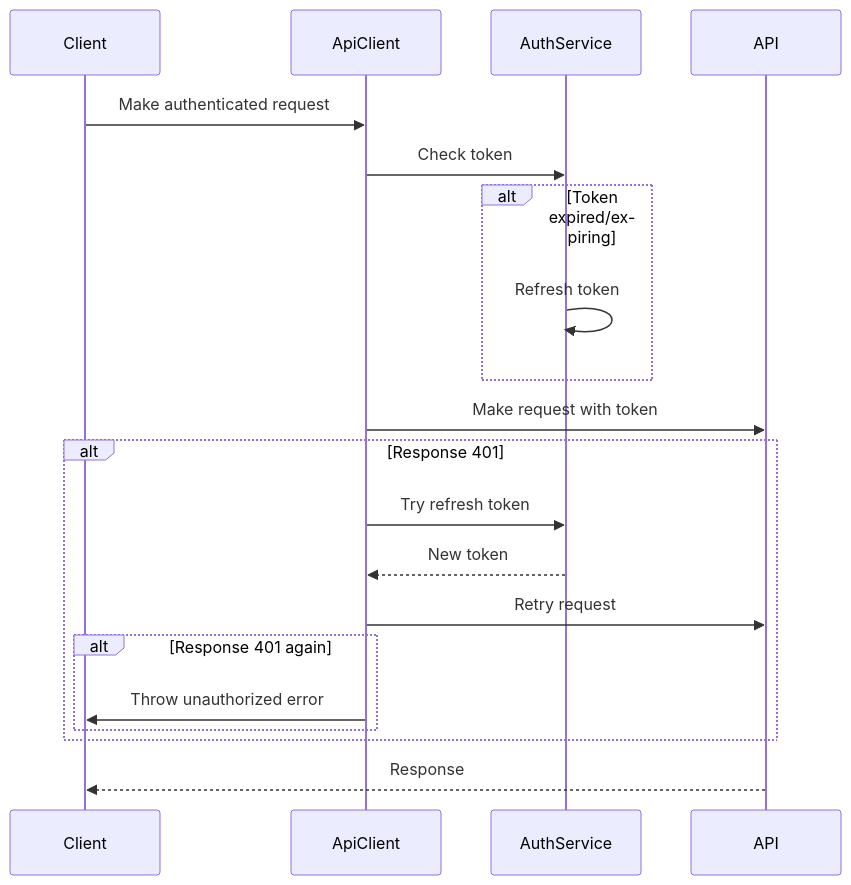
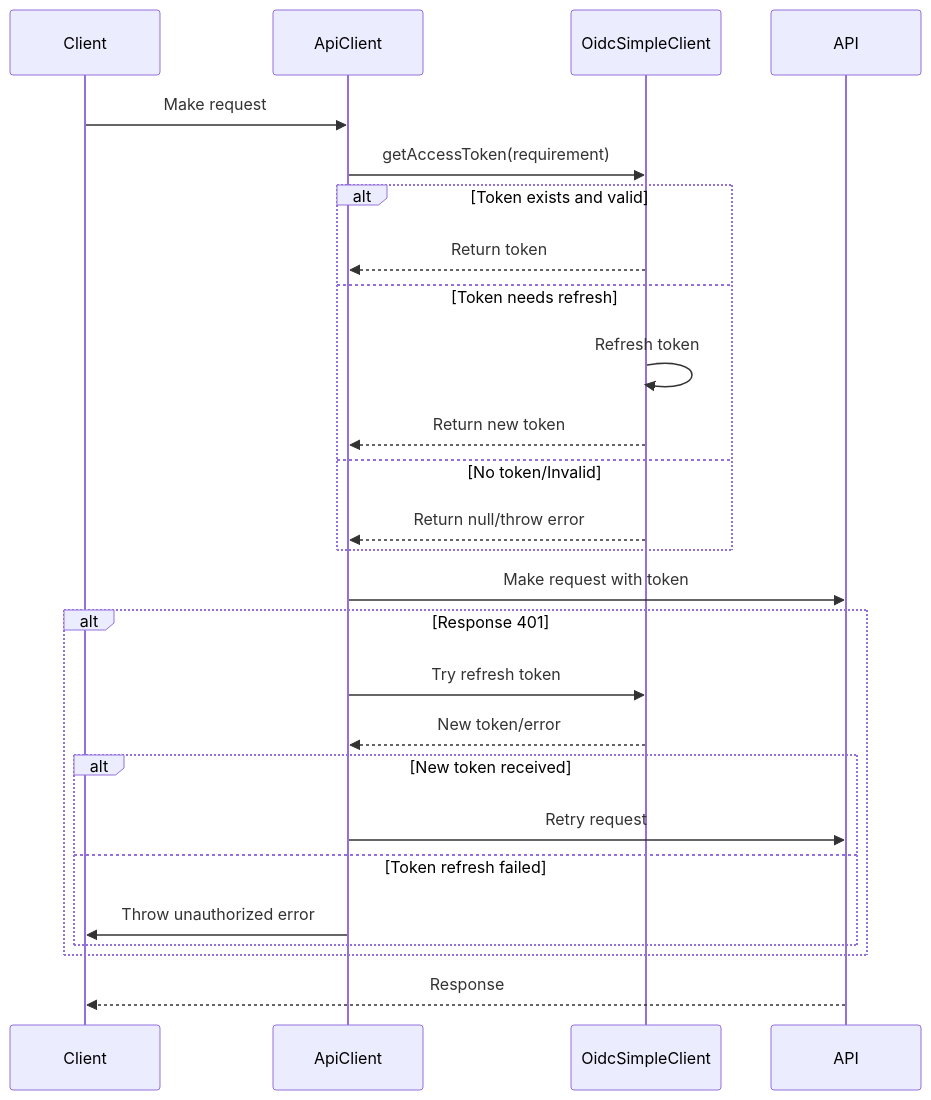
Before and after one commit to konturio/disaster-ninja-fe: the second of 2 diagrams in src/core/api_client/readme.md, drawn with Mermaid. The commit also changed other lines of this file, not shown here.

````diff
--- a/src/core/api_client/readme.md
+++ b/src/core/api_client/readme.md
@@ -47,23 +58,29 @@
 ```mermaid
 sequenceDiagram
     participant Client
     participant ApiClient
-    participant AuthService
+    participant OidcSimpleClient
     participant API
 
-    Client->>ApiClient: Make authenticated request
-    ApiClient->>AuthService: Check token
-    alt Token expired/expiring
-        AuthService->>AuthService: Refresh token
+    Client->>ApiClient: Make request
+    ApiClient->>OidcSimpleClient: getAccessToken(requirement)
+    alt Token exists and valid
+        OidcSimpleClient-->>ApiClient: Return token
+    else Token needs refresh
+        OidcSimpleClient->>OidcSimpleClient: Refresh token
+        OidcSimpleClient-->>ApiClient: Return new token
+    else No token/Invalid
+        OidcSimpleClient-->>ApiClient: Return null/throw error
     end
     ApiClient->>API: Make request with token
     alt Response 401
-        ApiClient->>AuthService: Try refresh token
-        AuthService-->>ApiClient: New token
-        ApiClient->>API: Retry request
-        alt Response 401 again
+        ApiClient->>OidcSimpleClient: Try refresh token
+        OidcSimpleClient-->>ApiClient: New token/error
+        alt New token received
+            ApiClient->>API: Retry request
+        else Token refresh failed
             ApiClient->>Client: Throw unauthorized error
         end
     end
     API-->>Client: Response
 ```
````
